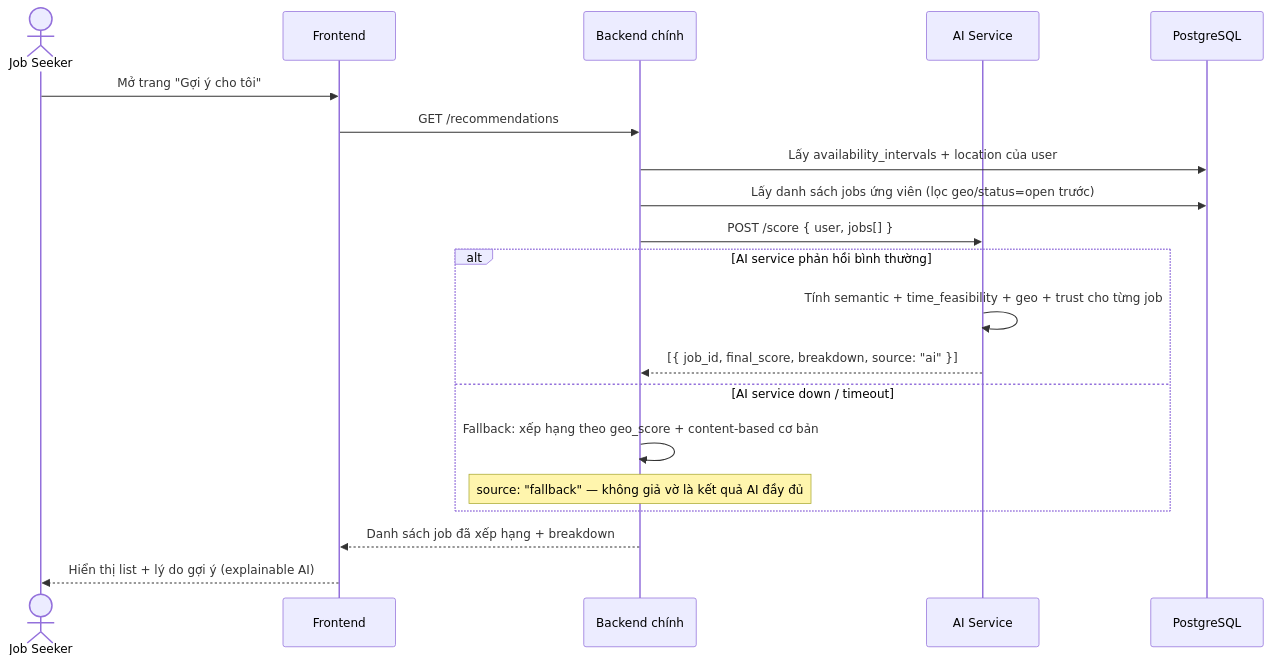
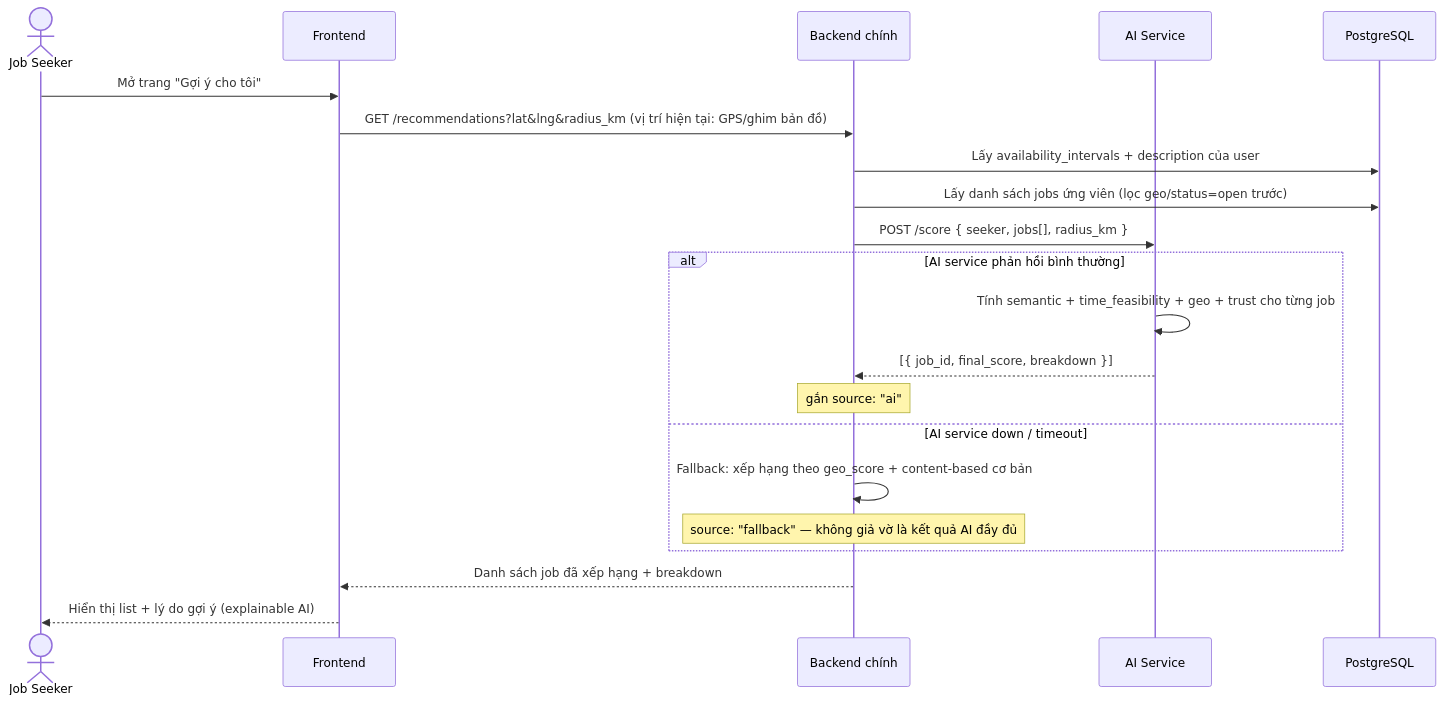
Before and after one commit to VanSyx/DATN_TimViecPartTime: the sixth of 10 diagrams in docs/design/sequence-diagram.md, drawn with Mermaid. The commit also changed 29 other files, not shown here.

First line of the commit message:
feat(ai): AI service MVP chấm điểm có breakdown + mô tả tự do job seeker (Tuần 4)

````diff
--- a/docs/design/sequence-diagram.md
+++ b/docs/design/sequence-diagram.md
@@ -156,25 +156,26 @@
 ```mermaid
 sequenceDiagram
     actor U as Job Seeker
     participant FE as Frontend
     participant BE as Backend chính
     participant AI as AI Service
     participant DB as PostgreSQL
 
     U->>FE: Mở trang "Gợi ý cho tôi"
-    FE->>BE: GET /recommendations
-    BE->>DB: Lấy availability_intervals + location của user
+    FE->>BE: GET /recommendations?lat&lng&radius_km (vị trí hiện tại: GPS/ghim bản đồ)
+    BE->>DB: Lấy availability_intervals + description của user
     BE->>DB: Lấy danh sách jobs ứng viên (lọc geo/status=open trước)
-    BE->>AI: POST /score { user, jobs[] }
+    BE->>AI: POST /score { seeker, jobs[], radius_km }
 
     alt AI service phản hồi bình thường
         AI->>AI: Tính semantic + time_feasibility + geo + trust cho từng job
-        AI-->>BE: [{ job_id, final_score, breakdown, source: "ai" }]
+        AI-->>BE: [{ job_id, final_score, breakdown }]
+        Note over BE: gắn source: "ai"
     else AI service down / timeout
         BE->>BE: Fallback: xếp hạng theo geo_score + content-based cơ bản
         Note over BE: source: "fallback" — không giả vờ là kết quả AI đầy đủ
     end
 
     BE-->>FE: Danh sách job đã xếp hạng + breakdown
     FE-->>U: Hiển thị list + lý do gợi ý (explainable AI)
 ```
````
